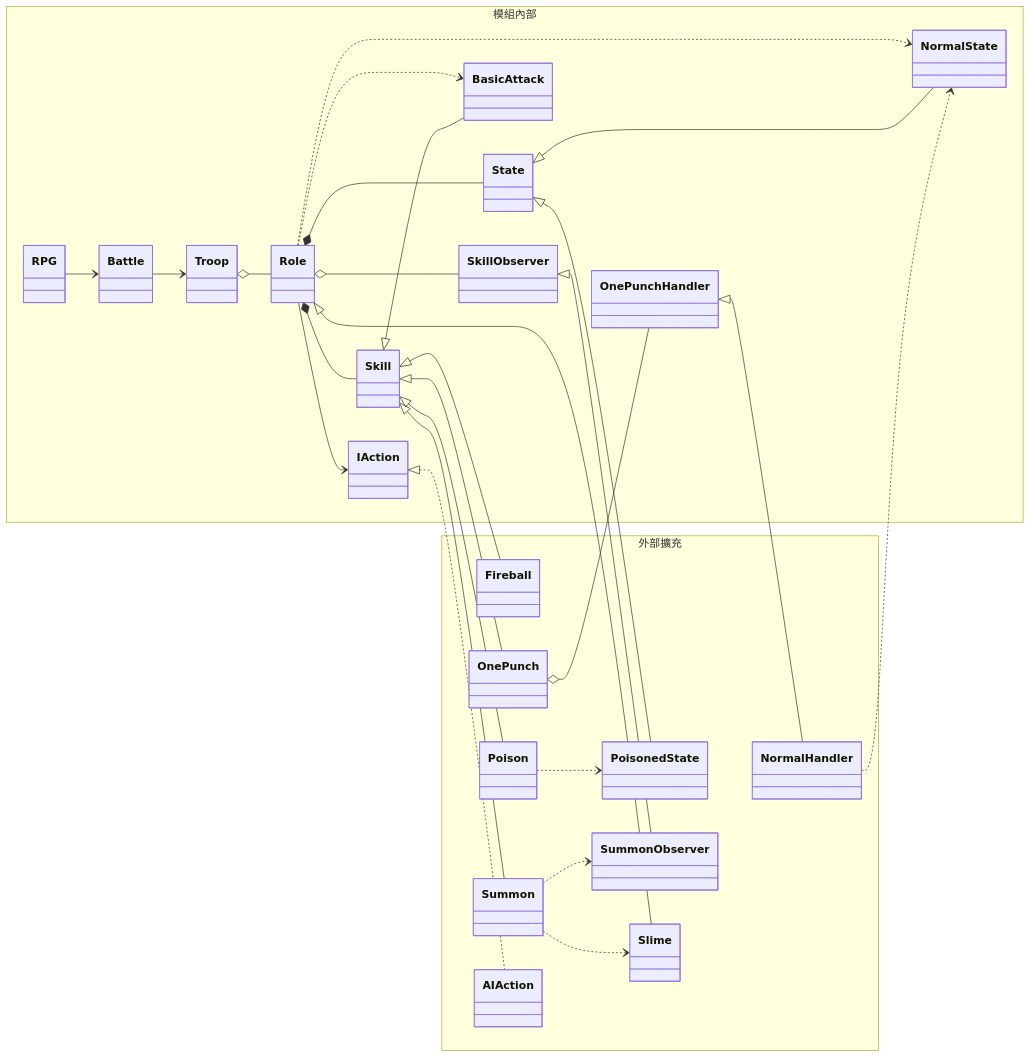
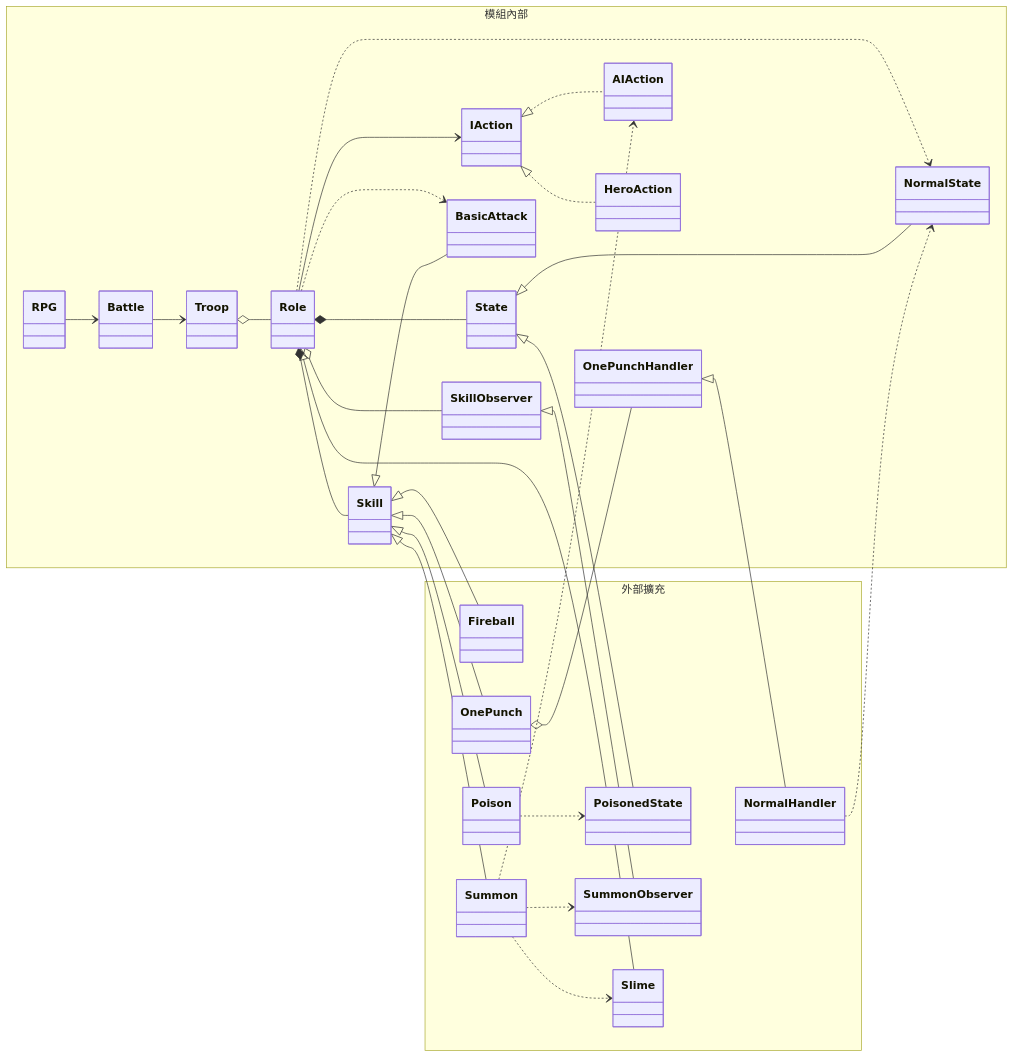
Before and after one commit to Chang-anthony/DesignPattern: the sixth of 14 diagrams in RPGGame/diagrams.md, drawn with Mermaid. The commit also changed other lines of this file and 3 other files, not shown here.

````diff
--- a/RPGGame/diagrams.md
+++ b/RPGGame/diagrams.md
@@ -435,55 +435,58 @@
 ```mermaid
 classDiagram
     direction LR
     namespace 模組內部 {
         class RPG
         class Battle
         class Troop
         class Role
         class State
         class NormalState
         class IAction
         class Skill
         class BasicAttack
         class SkillObserver
         class OnePunchHandler
+        class AIAction
+        class HeroAction
     }
     namespace 外部擴充 {
         class Fireball
         class Poison
         class PoisonedState
         class Summon
         class SummonObserver
         class Slime
         class OnePunch
         class NormalHandler
-        class AIAction
     }
 
     RPG --> Battle
     Battle --> Troop
     Troop o-- Role
     Role *-- State
     Role *-- Skill
     Role --> IAction
     Role o-- SkillObserver
     Role ..> BasicAttack
     Role ..> NormalState
     State <|-- NormalState
     Skill <|-- BasicAttack
 
     Skill <|-- Fireball
     Skill <|-- Poison
     Skill <|-- Summon
     Skill <|-- OnePunch
     State <|-- PoisonedState
     Poison ..> PoisonedState
     SkillObserver <|-- SummonObserver
     Role <|-- Slime
     Summon ..> SummonObserver
     Summon ..> Slime
     OnePunch o-- OnePunchHandler
     OnePunchHandler <|-- NormalHandler
     NormalHandler ..> NormalState
     IAction <|.. AIAction
+    IAction <|.. HeroAction
+    Summon ..> AIAction
 ```
````
